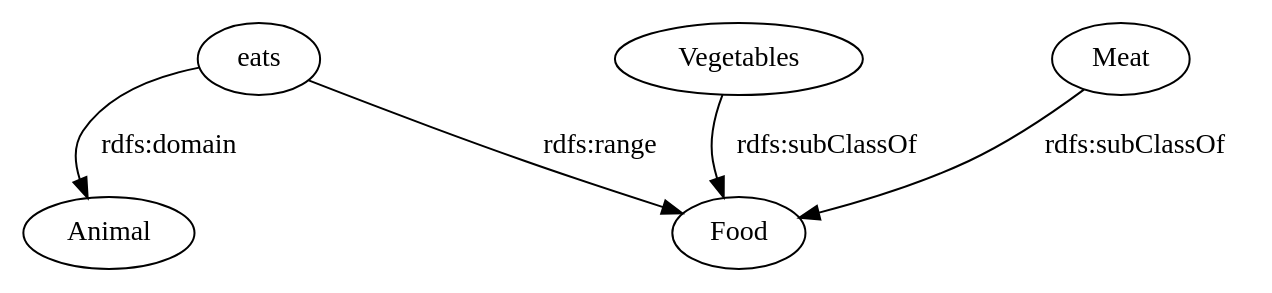
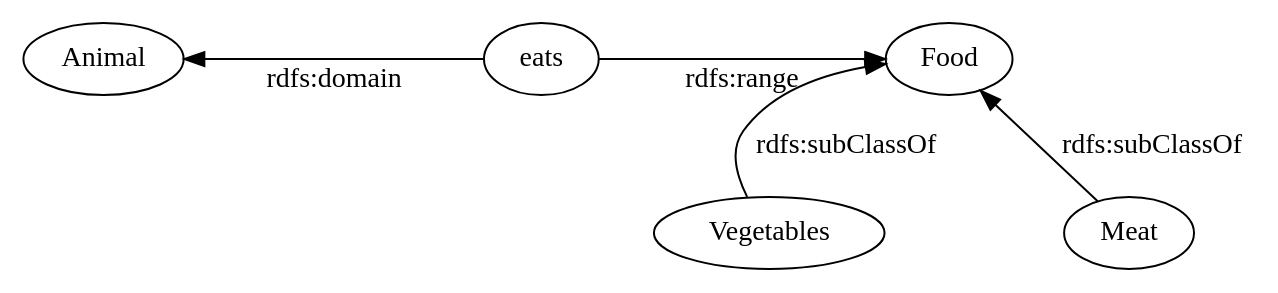
One commit to StefanZander/lecture_notes changed the first of 4 diagrams in kg/lecture/marp/owl.md. Above: the diagram before and after it, drawn with Graphviz. The commit also changed other lines of this file and 6 other files, not shown here.

````diff
--- a/kg/lecture/marp/owl.md
+++ b/kg/lecture/marp/owl.md
@@ -75,21 +75,22 @@
 ```graphviz
 digraph G {
-    graph [rankdir=TB];
-    nodesep=1.0;
+    graph [rankdir=BT];
+    node [fontname="Barlow Semi Condensed", fontsize=14, ordering=out];
+    edge [fontname="Barlow Semi Condensed", fontsize=14];
+    nodesep=1;
     // label="A example RDF graph"; 
-    // {rank=same; 2; 1; 3;};
+    {rank=same; 1 -> 2 -> 3 [style="invis"]};
     // {rank=same; 4;};
     // {rank=same; 5;};
-    1 [label="Animal"];
-    2 [label="eats"];
-    3 [label="Food"];
-    4 [label="Vegetables"];
-    5 [label="Meat"];
-    //6 [label="France"];
+    1 [label="Animal" ];
+    2 [label="eats" ];
+    3 [label="Food" pos="0,0!"];
+    4 [label="Vegetables" pos="1,1!"];
+    5 [label="Meat" pos="-1,1!"];
     2 -> 1 [label="rdfs:domain"];
     2 -> 3 [label="rdfs:range"];
     4 -> 3 [label="rdfs:subClassOf"];
     5 -> 3 [label="rdfs:subClassOf"];
     // 4 -> 6 [label="country"];
 }
 ```
````
